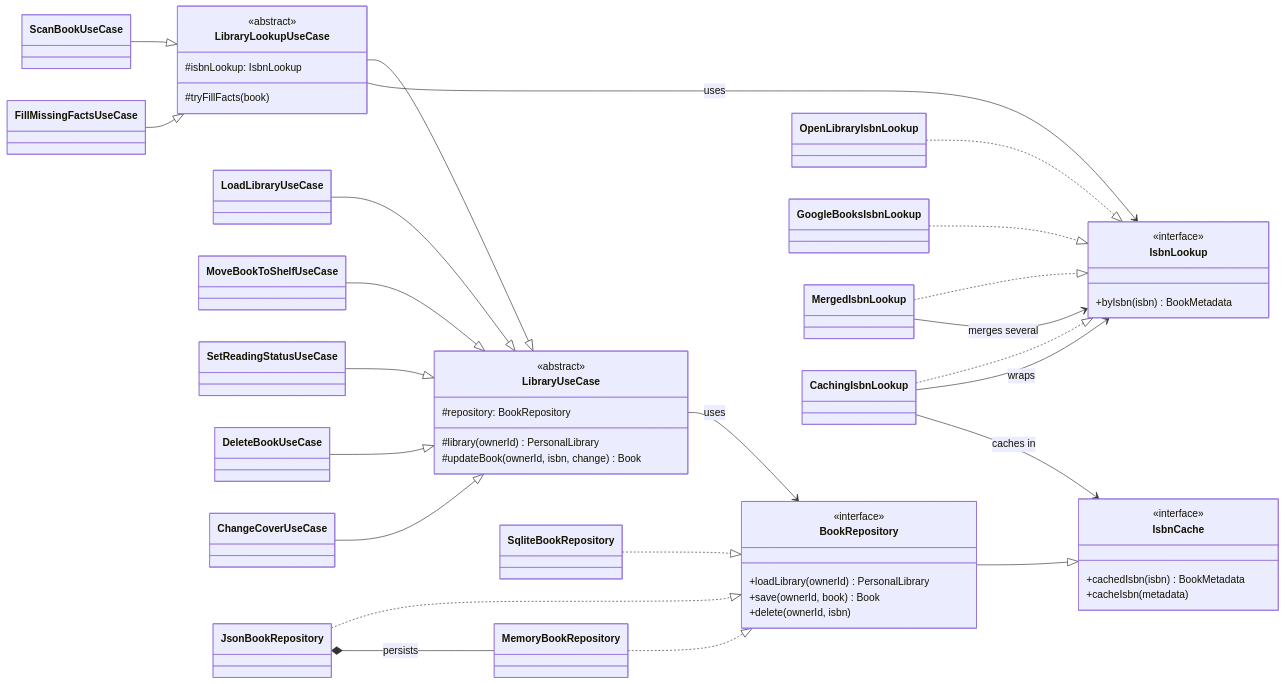
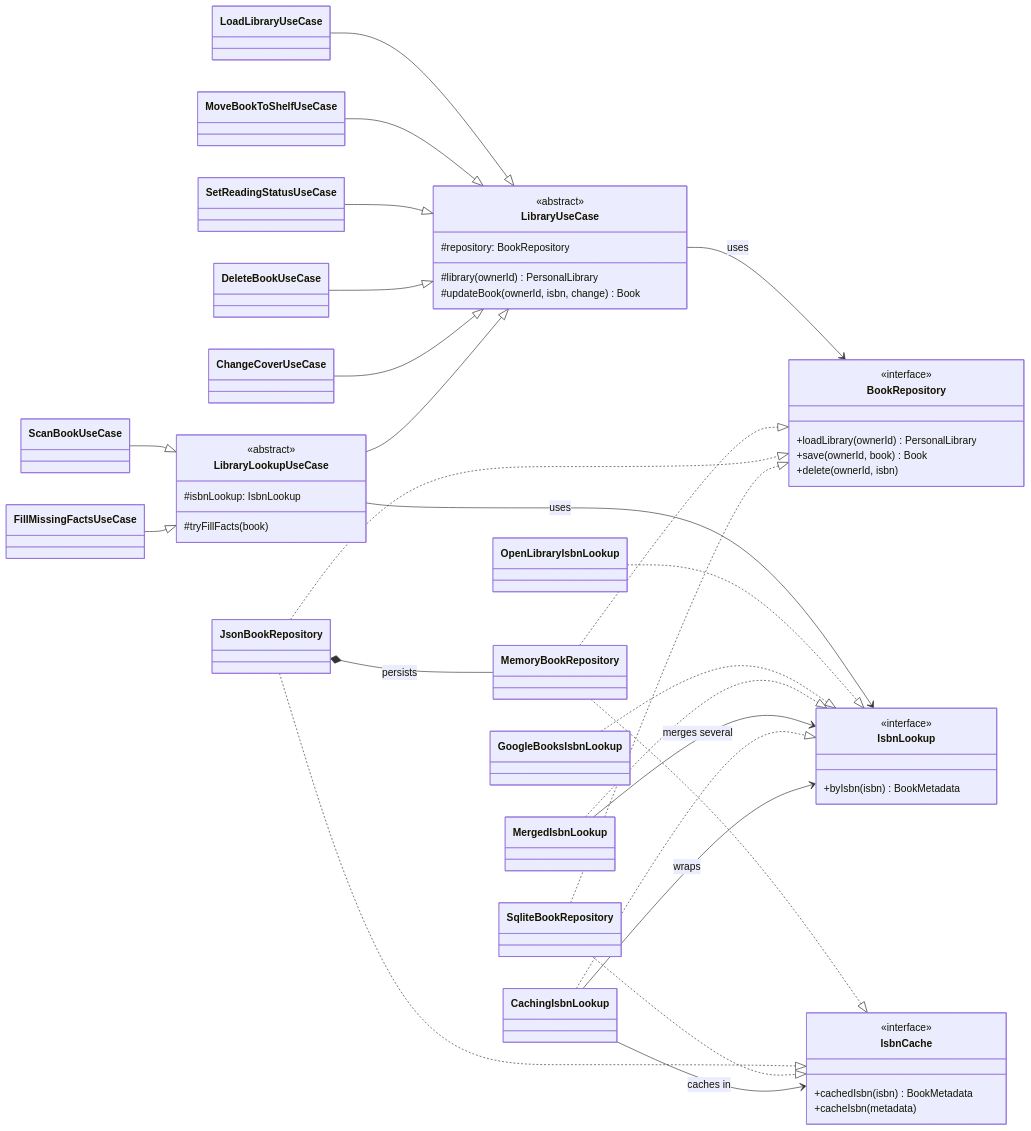
One commit to ghechavarria/cen5064-project-hechavarria changed the diagram in docs/design/diagrams/class-service-data.mmd. Above: the diagram before and after it, drawn with Mermaid. The commit also changed 15 other files, not shown here.

First line of the commit message:
solid-refactor: Interface Segregation (split BookRepository from IsbnCache)

```diff
--- a/docs/design/diagrams/class-service-data.mmd
+++ b/docs/design/diagrams/class-service-data.mmd
@@ -1,51 +1,53 @@
 classDiagram
     direction LR
     class LibraryUseCase {
         <<abstract>>
         #repository: BookRepository
         #library(ownerId) PersonalLibrary
         #updateBook(ownerId, isbn, change) Book
     }
     class LibraryLookupUseCase {
         <<abstract>>
         #isbnLookup: IsbnLookup
         #tryFillFacts(book)
     }
     LoadLibraryUseCase --|> LibraryUseCase
     MoveBookToShelfUseCase --|> LibraryUseCase
     SetReadingStatusUseCase --|> LibraryUseCase
     DeleteBookUseCase --|> LibraryUseCase
     ChangeCoverUseCase --|> LibraryUseCase
     LibraryLookupUseCase --|> LibraryUseCase
     ScanBookUseCase --|> LibraryLookupUseCase
     FillMissingFactsUseCase --|> LibraryLookupUseCase
 
     class IsbnCache {
         <<interface>>
         +cachedIsbn(isbn) BookMetadata
         +cacheIsbn(metadata)
     }
     class BookRepository {
         <<interface>>
         +loadLibrary(ownerId) PersonalLibrary
         +save(ownerId, book) Book
         +delete(ownerId, isbn)
     }
     class IsbnLookup {
         <<interface>>
         +byIsbn(isbn) BookMetadata
     }
-    BookRepository --|> IsbnCache
+    MemoryBookRepository ..|> IsbnCache
+    JsonBookRepository ..|> IsbnCache
+    SqliteBookRepository ..|> IsbnCache
     LibraryUseCase --> BookRepository : uses
     LibraryLookupUseCase --> IsbnLookup : uses
     MemoryBookRepository ..|> BookRepository
     JsonBookRepository ..|> BookRepository
     SqliteBookRepository ..|> BookRepository
     JsonBookRepository *-- MemoryBookRepository : persists
     OpenLibraryIsbnLookup ..|> IsbnLookup
     GoogleBooksIsbnLookup ..|> IsbnLookup
     MergedIsbnLookup ..|> IsbnLookup
     MergedIsbnLookup --> IsbnLookup : merges several
     CachingIsbnLookup ..|> IsbnLookup
     CachingIsbnLookup --> IsbnLookup : wraps
     CachingIsbnLookup --> IsbnCache : caches in
```
